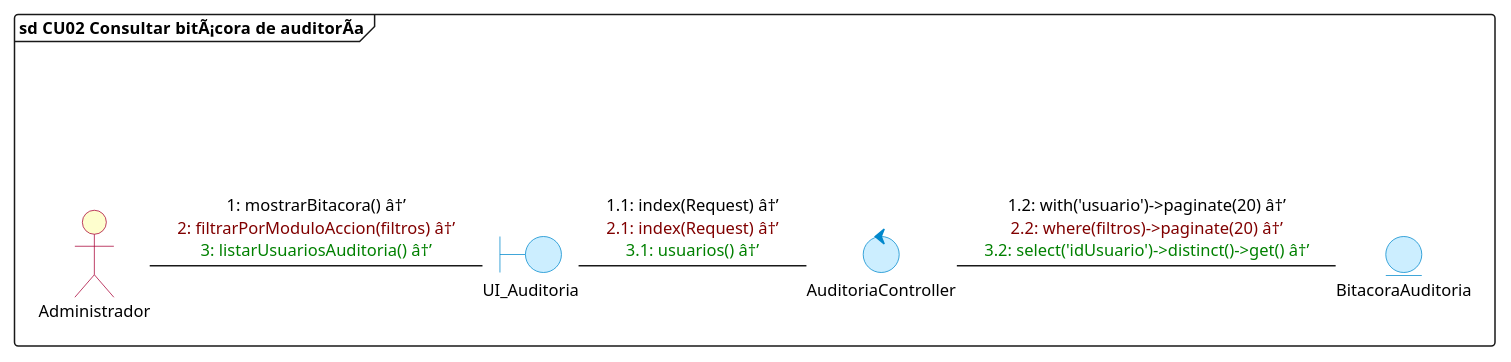
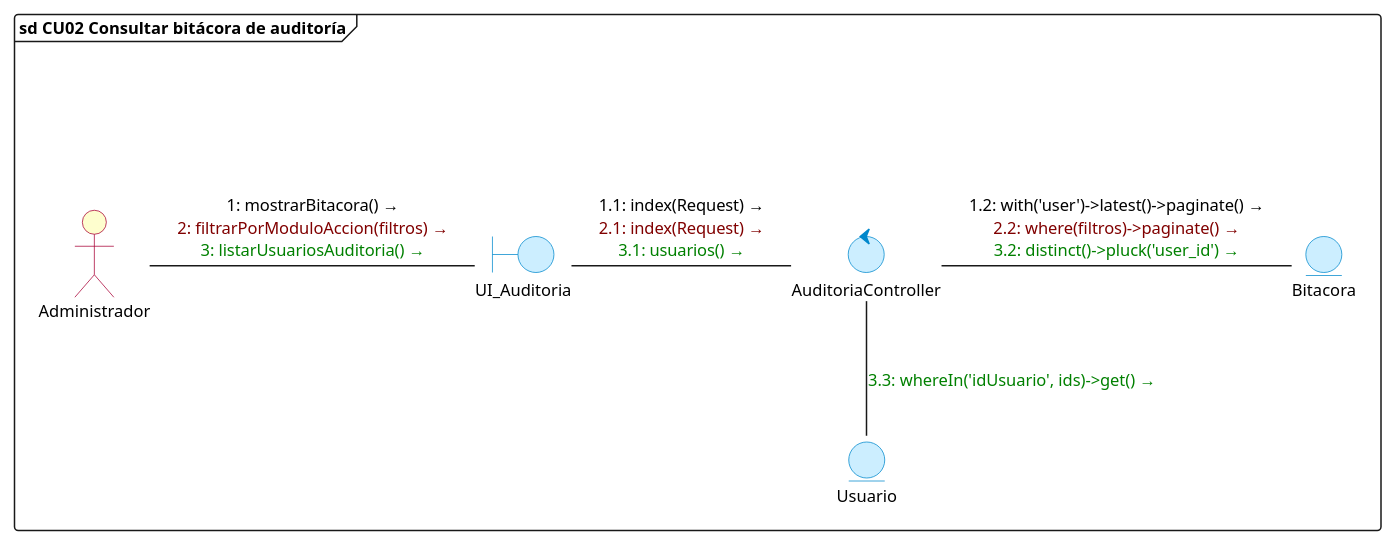
Before and after one commit to DiogoMars777/TELCOM-2.0: the second of 17 diagrams in diagramas/comunicacion/diagramas_comunicacion_todos_cu.puml, drawn with PlantUML. The commit also changed other lines of this file and 16 other files, not shown here.

Commit message:
docs: actualizar diagramas de comunicacion CU01 al CU17 con modelos y tablas canonicas de BD

```diff
--- a/diagramas/comunicacion/diagramas_comunicacion_todos_cu.puml
+++ b/diagramas/comunicacion/diagramas_comunicacion_todos_cu.puml
@@ -38,31 +42,34 @@
 @startuml cu02_consultar_bitacora_auditoria
 skinparam backgroundColor white
 skinparam defaultFontName "Segoe UI"
 skinparam defaultFontSize 11
 skinparam interfaceBackgroundColor transparent
 skinparam interfaceBorderColor transparent
 skinparam actorBackgroundColor #FEFECE
 skinparam actorBorderColor #A80036
 skinparam boundaryBackgroundColor #CCEEFF
 skinparam boundaryBorderColor #0088CC
 skinparam controlBackgroundColor #CCEEFF
 skinparam controlBorderColor #0088CC
 skinparam entityBackgroundColor #CCEEFF
 skinparam entityBorderColor #0088CC
 
-frame "sd CU02 Consultar bitÃ¡cora de auditorÃ­a" {
+frame "sd CU02 Consultar bitácora de auditoría" {
     () " " as spacer
-    actor Administrador
+    actor "Administrador" as Administrador
     boundary UI_Auditoria
     control AuditoriaController
-    entity BitacoraAuditoria
+    entity Bitacora
+    entity Usuario
 
     spacer -[hidden]down- Administrador
 
-    Administrador -right- UI_Auditoria : <font color=#000000>1: mostrarBitacora() â†’</font>\n<font color=#800000>2: filtrarPorModuloAccion(filtros) â†’</font>\n<font color=#008000>3: listarUsuariosAuditoria() â†’</font>
+    Administrador -right- UI_Auditoria : <font color=#000000>1: mostrarBitacora() →</font>\n<font color=#800000>2: filtrarPorModuloAccion(filtros) →</font>\n<font color=#008000>3: listarUsuariosAuditoria() →</font>
 
-    UI_Auditoria -right- AuditoriaController : <font color=#000000>1.1: index(Request) â†’</font>\n<font color=#800000>2.1: index(Request) â†’</font>\n<font color=#008000>3.1: usuarios() â†’</font>
+    UI_Auditoria -right- AuditoriaController : <font color=#000000>1.1: index(Request) →</font>\n<font color=#800000>2.1: index(Request) →</font>\n<font color=#008000>3.1: usuarios() →</font>
 
-    AuditoriaController -right- BitacoraAuditoria : <font color=#000000>1.2: with('usuario')->paginate(20) â†’</font>\n<font color=#800000>2.2: where(filtros)->paginate(20) â†’</font>\n<font color=#008000>3.2: select('idUsuario')->distinct()->get() â†’</font>
+    AuditoriaController -right- Bitacora : <font color=#000000>1.2: with('user')->latest()->paginate() →</font>\n<font color=#800000>2.2: where(filtros)->paginate() →</font>\n<font color=#008000>3.2: distinct()->pluck('user_id') →</font>
+
+    AuditoriaController -down- Usuario : <font color=#008000>3.3: whereIn('idUsuario', ids)->get() →</font>
 }
 @enduml
```
